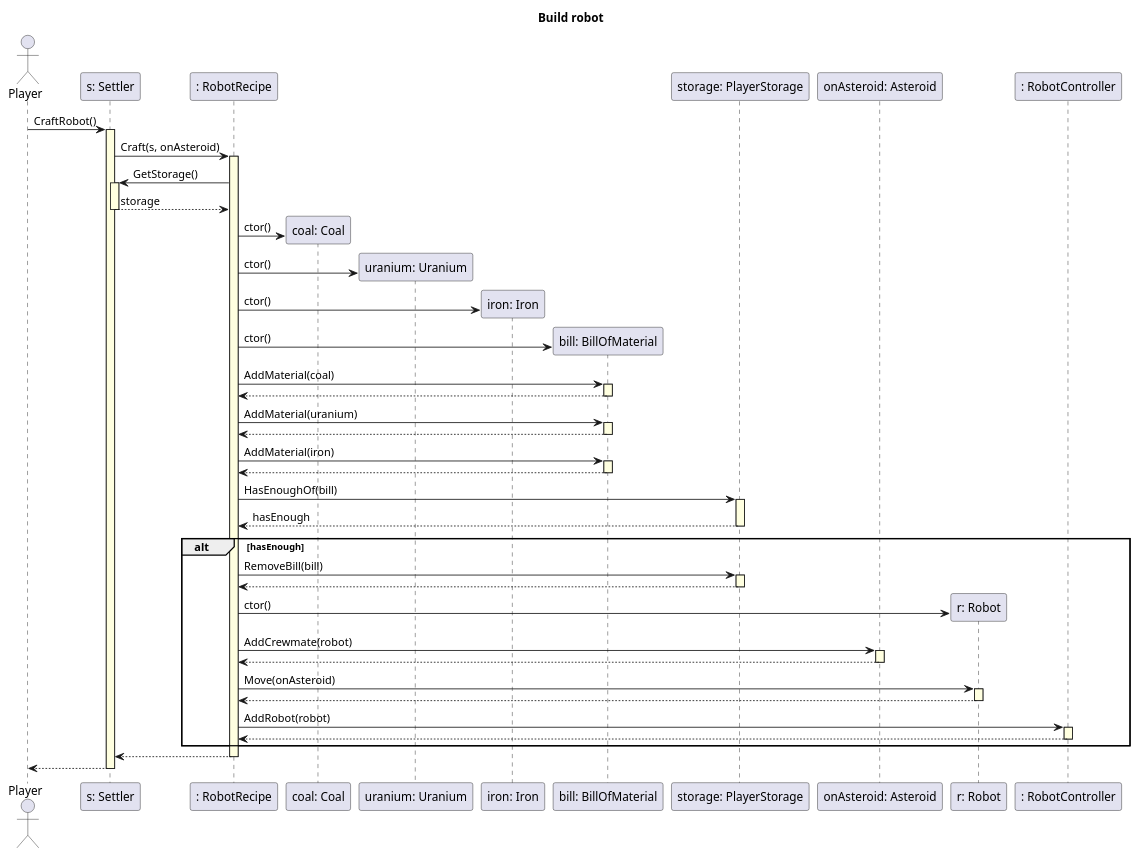
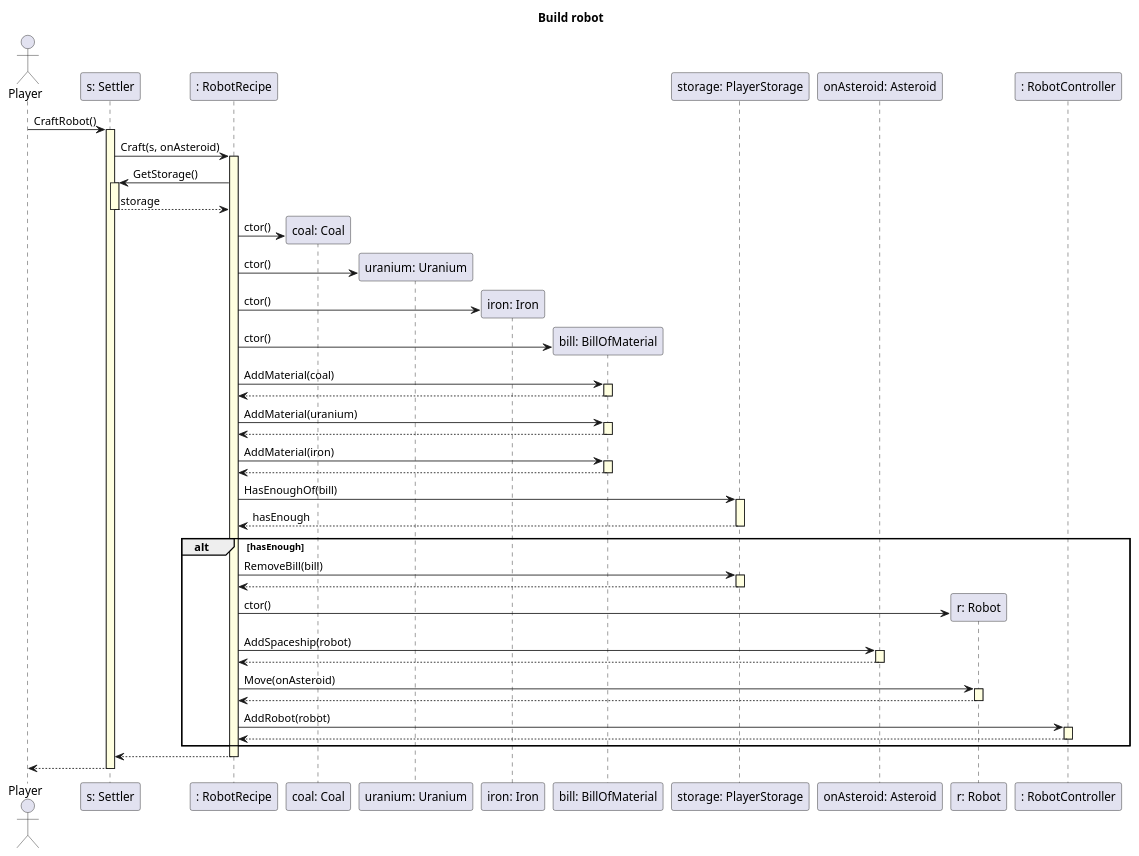
One commit to bbucsy/projlab_holy_oil changed the diagram in uml/original_seq_diagrams/build_robot.plantuml. Above: the diagram before and after it, drawn with PlantUML. The commit also changed 1 other file, not shown here.

```diff
--- a/uml/original_seq_diagrams/build_robot.plantuml
+++ b/uml/original_seq_diagrams/build_robot.plantuml
@@ -1,61 +1,61 @@
 @startuml
 skinparam SequenceLifeLineBackgroundColor LightYellow
 
 title "Build robot"
 
 actor Player as US
 participant "s: Settler" as settler
 participant ": RobotRecipe" as robotRecipe
 participant "coal: Coal" as coal
 participant "uranium: Uranium" as uranium
 participant "iron: Iron" as iron
 participant "bill: BillOfMaterial" as bill
 participant "storage: PlayerStorage" as storage
 participant "onAsteroid: Asteroid" as onAsteroid
 participant "r: Robot" as robot
 participant ": RobotController" as controller
 
 US -> settler ++ : CraftRobot()
 settler -> robotRecipe ++ : Craft(s, onAsteroid)
 
 robotRecipe -> settler ++ : GetStorage()
 return storage
 
 robotRecipe -> coal ** : ctor()
 robotRecipe -> uranium ** : ctor()
 robotRecipe -> iron ** : ctor()
 
 robotRecipe -> bill ** : ctor()
 robotRecipe -> bill ++ : AddMaterial(coal)
 return
 robotRecipe -> bill ++ : AddMaterial(uranium)
 return
 robotRecipe -> bill ++ : AddMaterial(iron)
 return
 
 robotRecipe -> storage ++ : HasEnoughOf(bill)
 storage --> robotRecipe -- : hasEnough
 
 alt hasEnough
 
     robotRecipe -> storage ++ : RemoveBill(bill)
     storage --> robotRecipe --
 
     robotRecipe -> robot ** : ctor()
 
-    robotRecipe -> onAsteroid ++ : AddCrewmate(robot)
+    robotRecipe -> onAsteroid ++ : AddSpaceship(robot)
     onAsteroid --> robotRecipe --
 
     robotRecipe -> robot ++ : Move(onAsteroid)
     robot --> robotRecipe --
 
     robotRecipe -> controller ++ : AddRobot(robot)
     controller --> robotRecipe --
 
 end
 
 robotRecipe --> settler --
 
 settler --> US --
 
 @enduml
```
